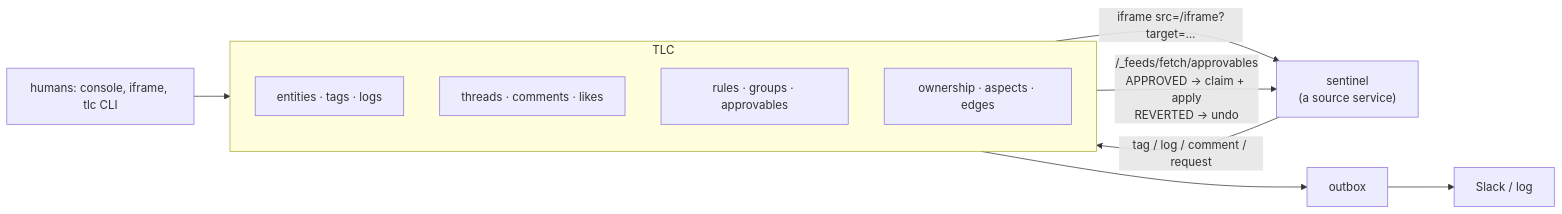
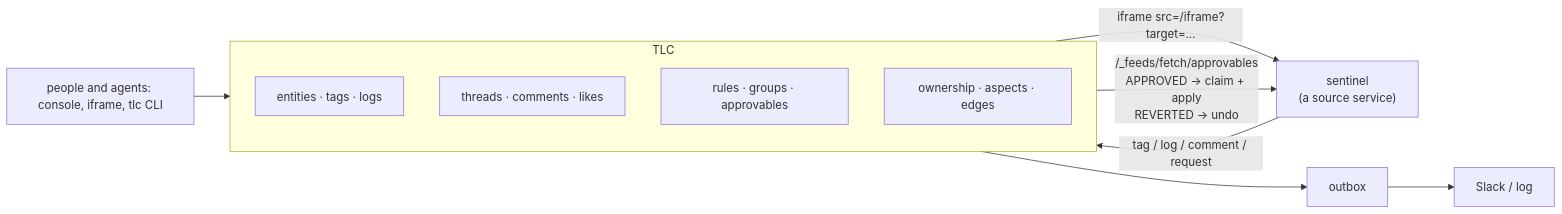
Before and after one commit to traviscj/tlc: the diagram in README.md, drawn with Mermaid. The commit also changed other lines of this file and 5 other files, not shown here.

First line of the commit message:
docs: the examples are examples; people and agents; screenshots in place

````diff
--- a/README.md
+++ b/README.md
@@ -15,16 +22,16 @@
 ```mermaid
 flowchart LR
   sentinel["sentinel<br/>(a source service)"]
   subgraph TLC
     direction TB
     t1["entities · tags · logs"]
     t2["threads · comments · likes"]
     t3["rules · groups · approvables"]
     t4["ownership · aspects · edges"]
   end
   sentinel -- "tag / log / comment / request" --> TLC
   TLC -- "iframe src=/iframe?target=…" --> sentinel
   TLC -- "/_feeds/fetch/approvables<br/>APPROVED → claim + apply<br/>REVERTED → undo" --> sentinel
   TLC --> outbox --> slack["Slack / log"]
-  humans["humans: console, iframe, tlc CLI"] --> TLC
+  humans["people and agents: console, iframe, tlc CLI"] --> TLC
 ```
````
